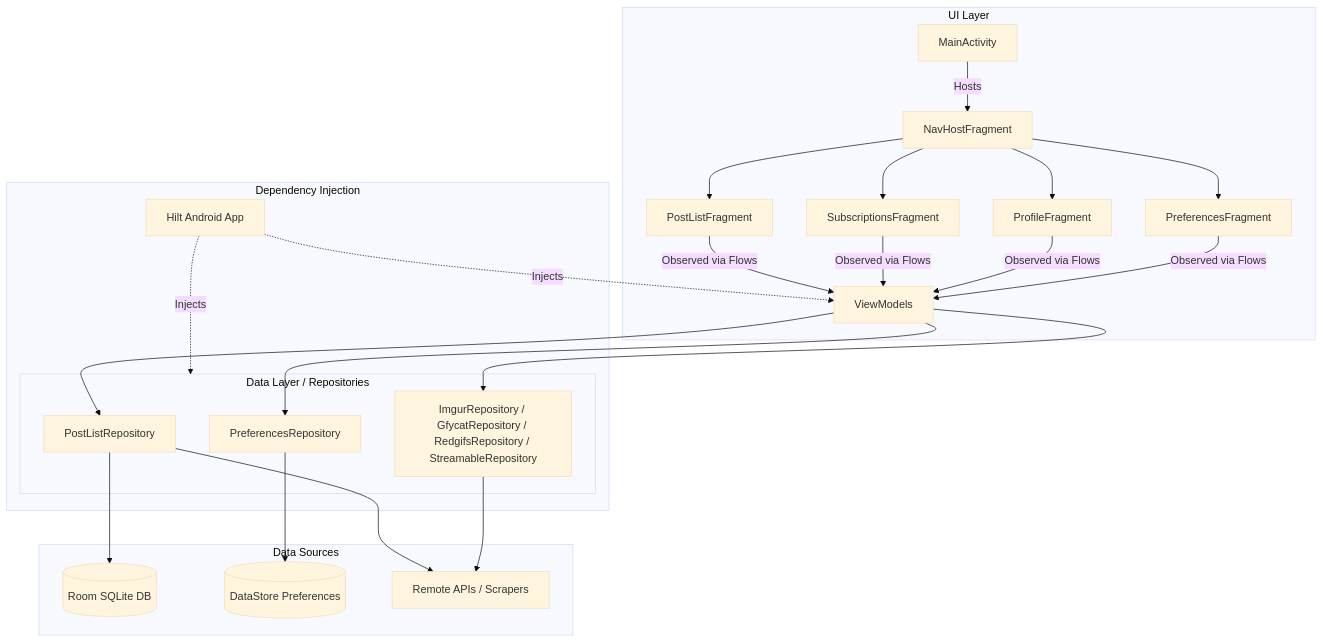
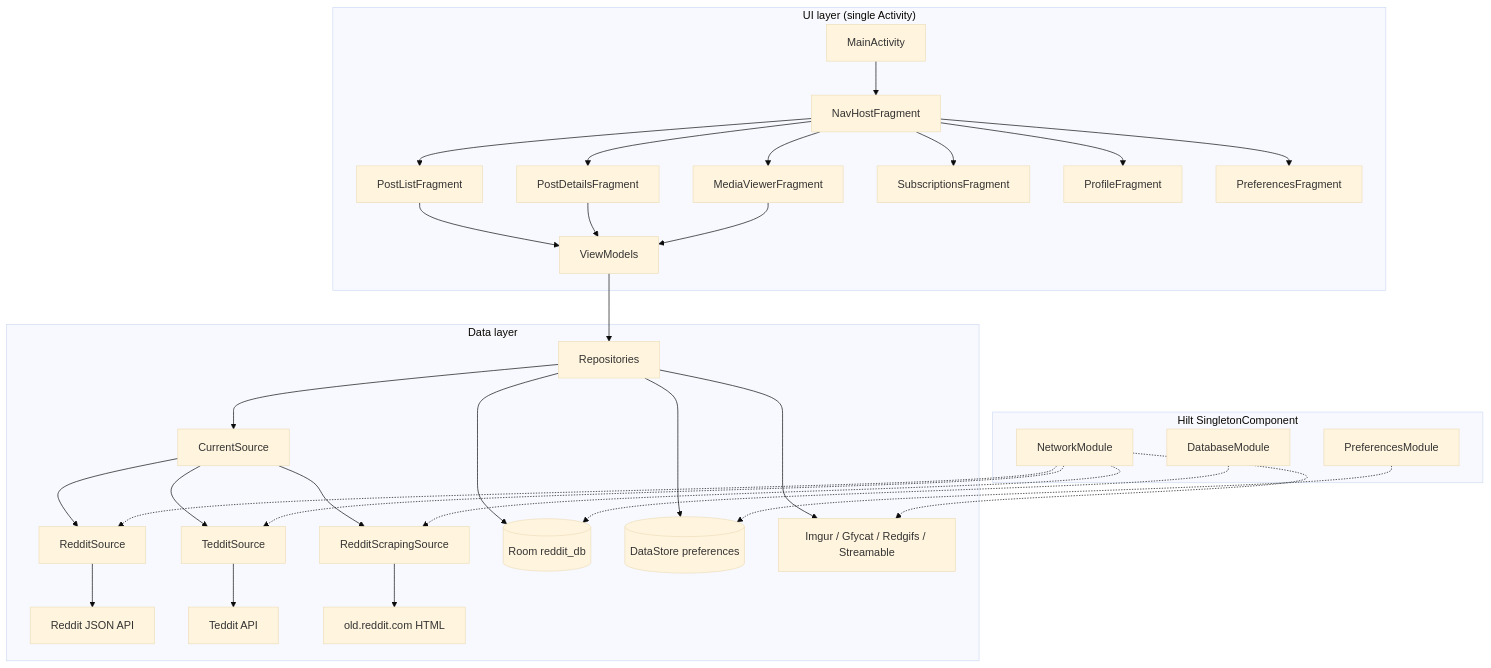
The diagram in Knowledge/01-Project-Overview.md (RohitSurwase/Stealth-App), drawn with Mermaid (base theme) before and after one commit. The commit also changed other lines of this file and 8 other files, not shown here.

````diff
--- a/Knowledge/01-Project-Overview.md
+++ b/Knowledge/01-Project-Overview.md
@@ -45,38 +47,37 @@
 ```mermaid
 graph TD
-    %% UI Layer
-    subgraph UI Layer
-        A[MainActivity] -->|Hosts| B[NavHostFragment]
-        B --> C[PostListFragment]
-        B --> D[SubscriptionsFragment]
-        B --> E[ProfileFragment]
-        B --> F[PreferencesFragment]
-        C & D & E & F -->|Observed via Flows| G[ViewModels]
+    subgraph UI["UI layer (single Activity)"]
+        MA[MainActivity] --> NH[NavHostFragment]
+        NH --> PLF[PostListFragment]
+        NH --> PD[PostDetailsFragment]
+        NH --> MV[MediaViewerFragment]
+        NH --> SUB[SubscriptionsFragment]
+        NH --> PROF[ProfileFragment]
+        NH --> PREF[PreferencesFragment]
+        PLF & PD & MV --> VM[ViewModels]
     end
 
-    %% DI & Core Logic
-    subgraph Dependency Injection
-        Hilt[Hilt Android App] -.->|Injects| G
-        Hilt -.->|Injects| Repositories
+    subgraph DI["Hilt SingletonComponent"]
+        NM[NetworkModule]
+        DM[DatabaseModule]
+        PM[PreferencesModule]
     end
 
-    %% Data Layer
-    subgraph Repositories [Data Layer / Repositories]
-        R1[PostListRepository]
-        R2[PreferencesRepository]
-        R3[ImgurRepository / GfycatRepository / RedgifsRepository / StreamableRepository]
+    subgraph DATA["Data layer"]
+        VM --> REPO[Repositories]
+        REPO --> CS[CurrentSource]
+        CS --> RS[RedditSource]
+        CS --> TS[TedditSource]
+        CS --> RSC[RedditScrapingSource]
+        REPO --> ROOM[(Room reddit_db)]
+        REPO --> DS[(DataStore preferences)]
+        RS --> API[Reddit JSON API]
+        TS --> TAPI[Teddit API]
+        RSC --> OLD[old.reddit.com HTML]
+        REPO --> MEDIA[Imgur / Gfycat / Redgifs / Streamable]
     end
 
-    G --> R1 & R2 & R3
-
-    subgraph Storage [Data Sources]
-        RoomDB[(Room SQLite DB)]
-        DataStore[(DataStore Preferences)]
-        APIs[Remote APIs / Scrapers]
-    end
-
-    R1 --> RoomDB
-    R1 --> APIs
-    R3 --> APIs
-    R2 --> DataStore
+    NM -.-> RS & TS & RSC & MEDIA
+    DM -.-> ROOM
+    PM -.-> DS
 ```
````
